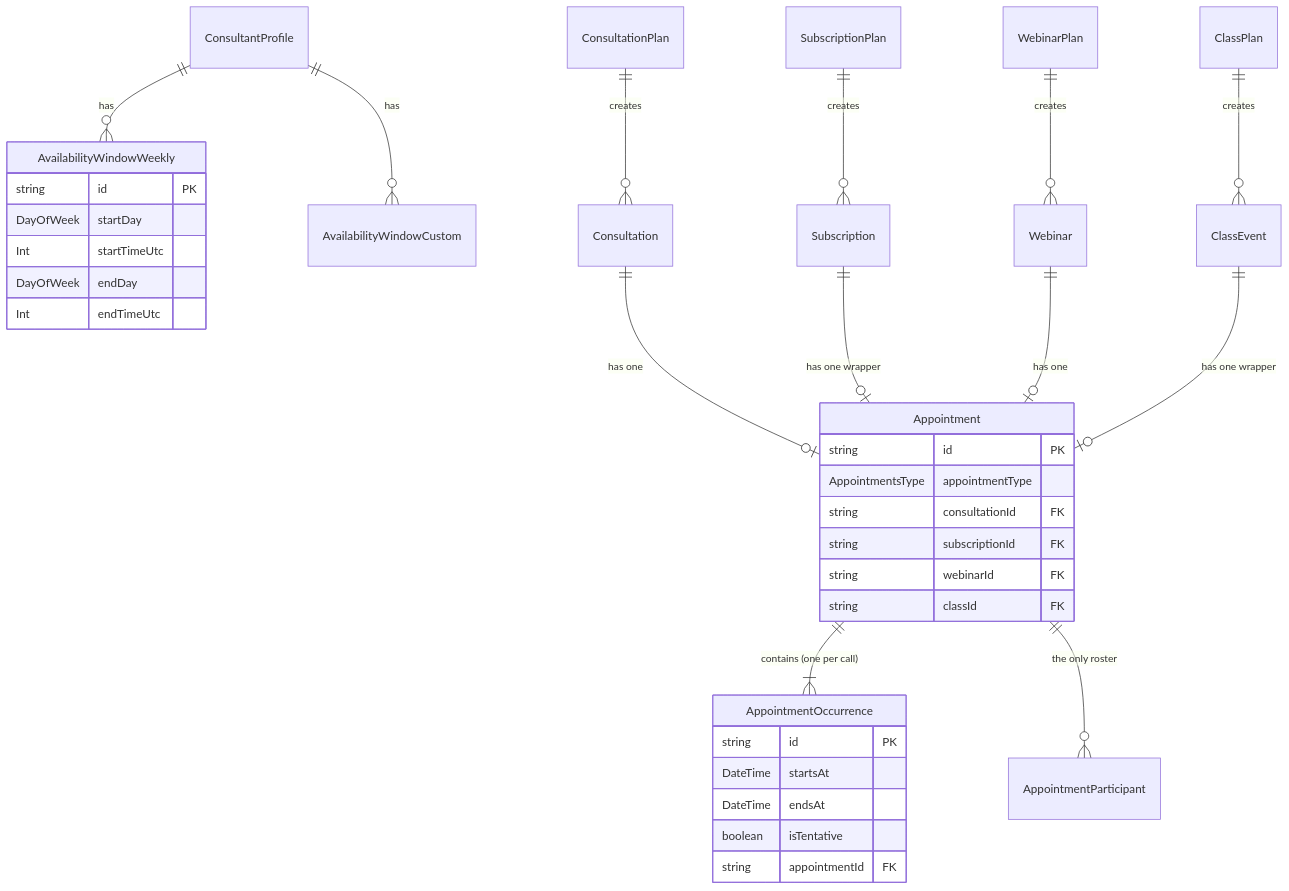
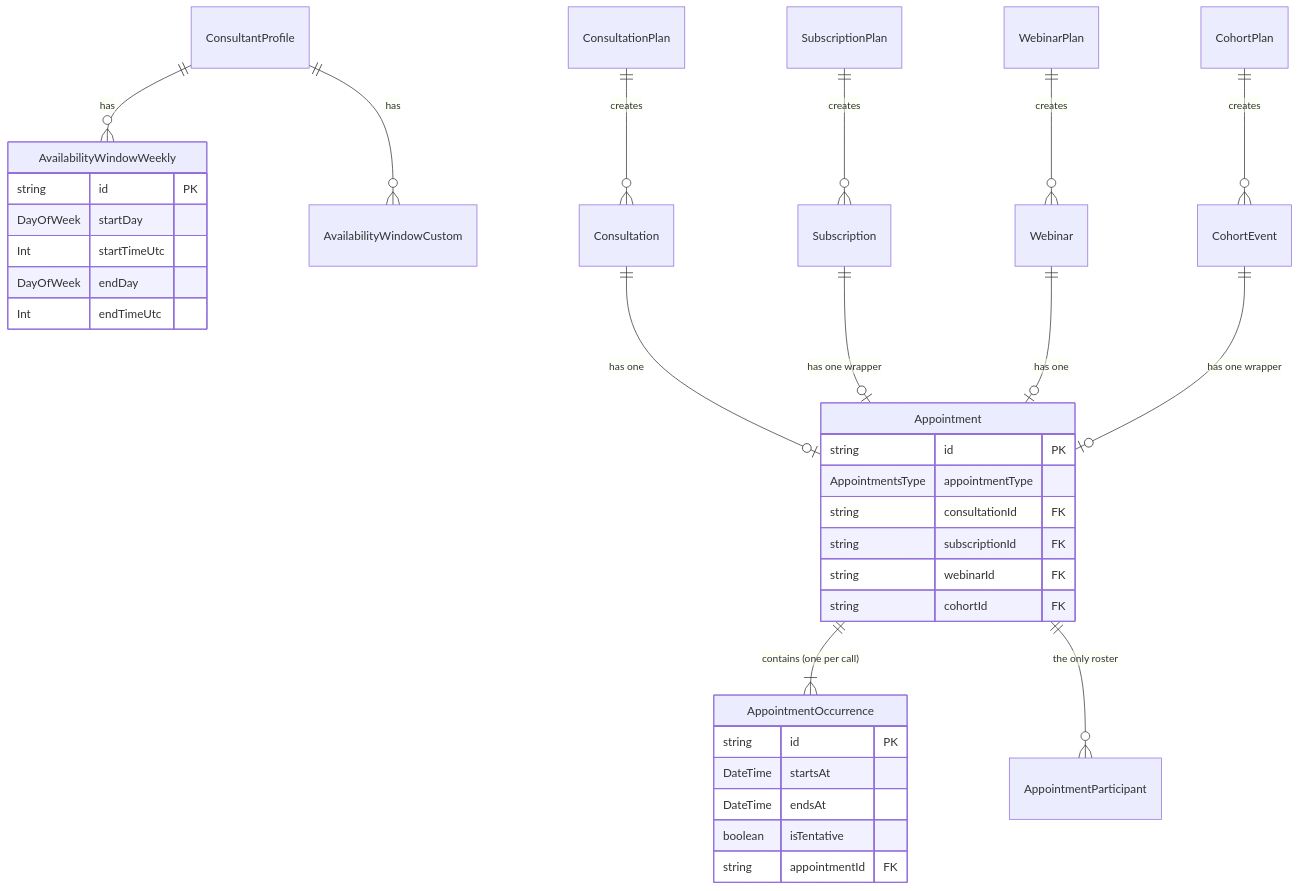
Before and after one commit to Practitionist/familiarise_web: the third of 6 diagrams in docs/booking/01-architecture.md, drawn with Mermaid. The commit also changed other lines of this file and 89 other files, not shown here.

````diff
--- a/docs/booking/01-architecture.md
+++ b/docs/booking/01-architecture.md
@@ -174,43 +174,43 @@
 ```mermaid
 erDiagram
     ConsultantProfile ||--o{ AvailabilityWindowWeekly : has
     ConsultantProfile ||--o{ AvailabilityWindowCustom : has
 
     ConsultationPlan ||--o{ Consultation : creates
     SubscriptionPlan ||--o{ Subscription : creates
     WebinarPlan ||--o{ Webinar : creates
-    ClassPlan ||--o{ ClassEvent : creates
+    CohortPlan ||--o{ CohortEvent : creates
 
     Consultation ||--o| Appointment : "has one"
     Subscription ||--o| Appointment : "has one wrapper"
     Webinar ||--o| Appointment : "has one"
-    ClassEvent ||--o| Appointment : "has one wrapper"
+    CohortEvent ||--o| Appointment : "has one wrapper"
 
     Appointment ||--|{ AppointmentOccurrence : "contains (one per call)"
     Appointment ||--o{ AppointmentParticipant : "the only roster"
 
     AvailabilityWindowWeekly {
         string id PK
         DayOfWeek startDay
         Int startTimeUtc
         DayOfWeek endDay
         Int endTimeUtc
     }
 
     Appointment {
         string id PK
         AppointmentsType appointmentType
         string consultationId FK
         string subscriptionId FK
         string webinarId FK
-        string classId FK
+        string cohortId FK
     }
 
     AppointmentOccurrence {
         string id PK
         DateTime startsAt
         DateTime endsAt
         boolean isTentative
         string appointmentId FK
     }
 ```
````
